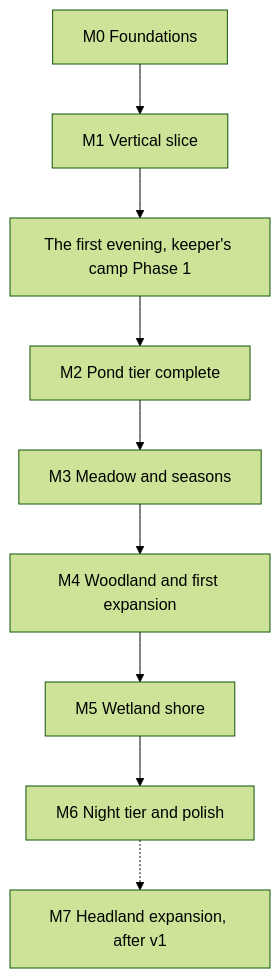
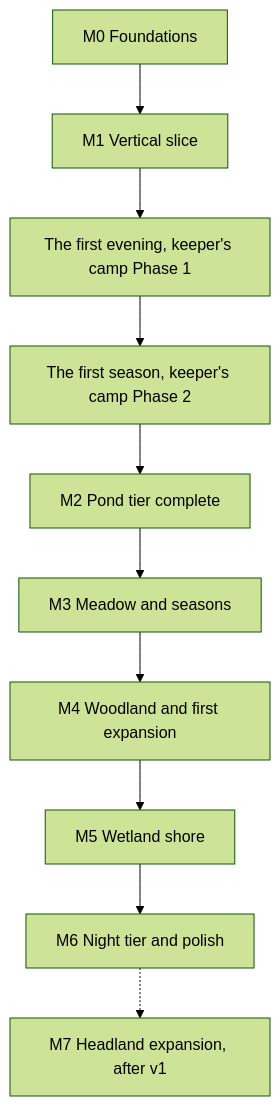
One commit to mshomper/ebb changed the diagram in docs/20-roadmap-and-vertical-slice.md. Above: the diagram before and after it, drawn with Mermaid (forest theme). The commit also changed other lines of this file and 3 other files, not shown here.

First line of the commit message:
Docs: the current target moves to the first season

````diff
--- a/docs/20-roadmap-and-vertical-slice.md
+++ b/docs/20-roadmap-and-vertical-slice.md
@@ -15,11 +15,12 @@
 ```mermaid
 flowchart TD
     M0[M0 Foundations] --> M1[M1 Vertical slice]
     M1 --> FE[The first evening, keeper's camp Phase 1]
-    FE --> M2[M2 Pond tier complete]
+    FE --> FS[The first season, keeper's camp Phase 2]
+    FS --> M2[M2 Pond tier complete]
     M2 --> M3[M3 Meadow and seasons]
     M3 --> M4[M4 Woodland and first expansion]
     M4 --> M5[M5 Wetland shore]
     M5 --> M6[M6 Night tier and polish]
     M6 -.-> M7[M7 Headland expansion, after v1]
 ```
````
